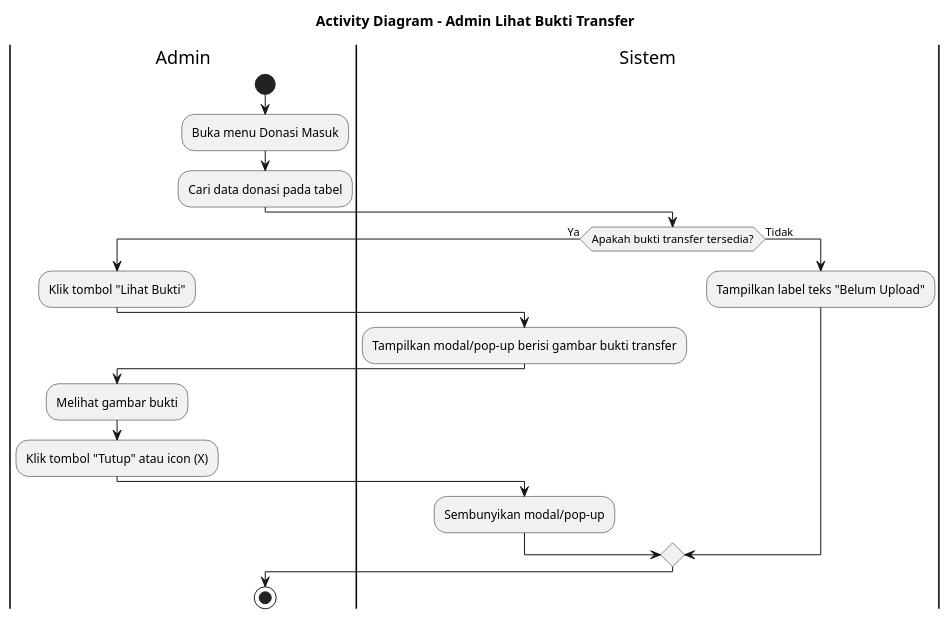
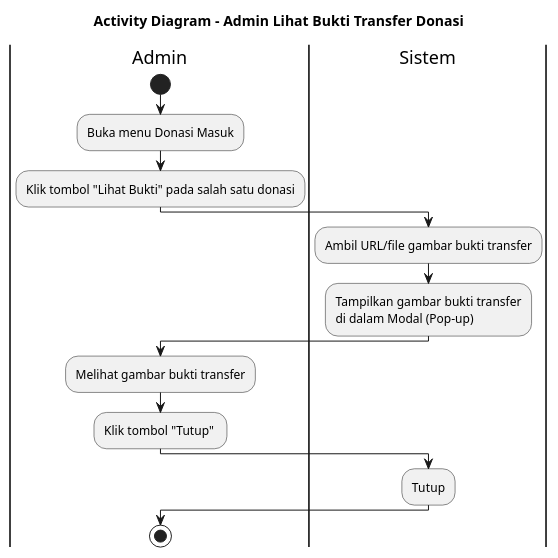
Before and after one commit to jaddu17/capstonepmikp: the diagram in diagram/activitydiagram_admin_lihat_bukti_donasi.puml, drawn with PlantUML. The commit also changed 23 other files, not shown here.

Commit message:
revisi diagram

```diff
--- a/diagram/activitydiagram_admin_lihat_bukti_donasi.puml
+++ b/diagram/activitydiagram_admin_lihat_bukti_donasi.puml
@@ -1,27 +1,23 @@
 @startuml ACTIVITY_DIAGRAM_ADMIN_LIHAT_BUKTI_DONASI
-title Activity Diagram - Admin Lihat Bukti Transfer
+title Activity Diagram - Admin Lihat Bukti Transfer Donasi
 
 |Admin|
 start
 :Buka menu Donasi Masuk;
-:Cari data donasi pada tabel;
+:Klik tombol "Lihat Bukti" pada salah satu donasi;
 
 |Sistem|
-if (Apakah bukti transfer tersedia?) then (Ya)
-  |Admin|
-  :Klik tombol "Lihat Bukti";
-  |Sistem|
-  :Tampilkan modal/pop-up berisi gambar bukti transfer;
-  |Admin|
-  :Melihat gambar bukti;
-  :Klik tombol "Tutup" atau icon (X);
-  |Sistem|
-  :Sembunyikan modal/pop-up;
-else (Tidak)
-  |Sistem|
-  :Tampilkan label teks "Belum Upload";
-endif
+:Ambil URL/file gambar bukti transfer;
+:Tampilkan gambar bukti transfer\ndi dalam Modal (Pop-up);
+
+|Admin|
+:Melihat gambar bukti transfer;
+:Klik tombol "Tutup" ;
+
+|Sistem|
+:Tutup;
 
 |Admin|
 stop
+
 @enduml
```
